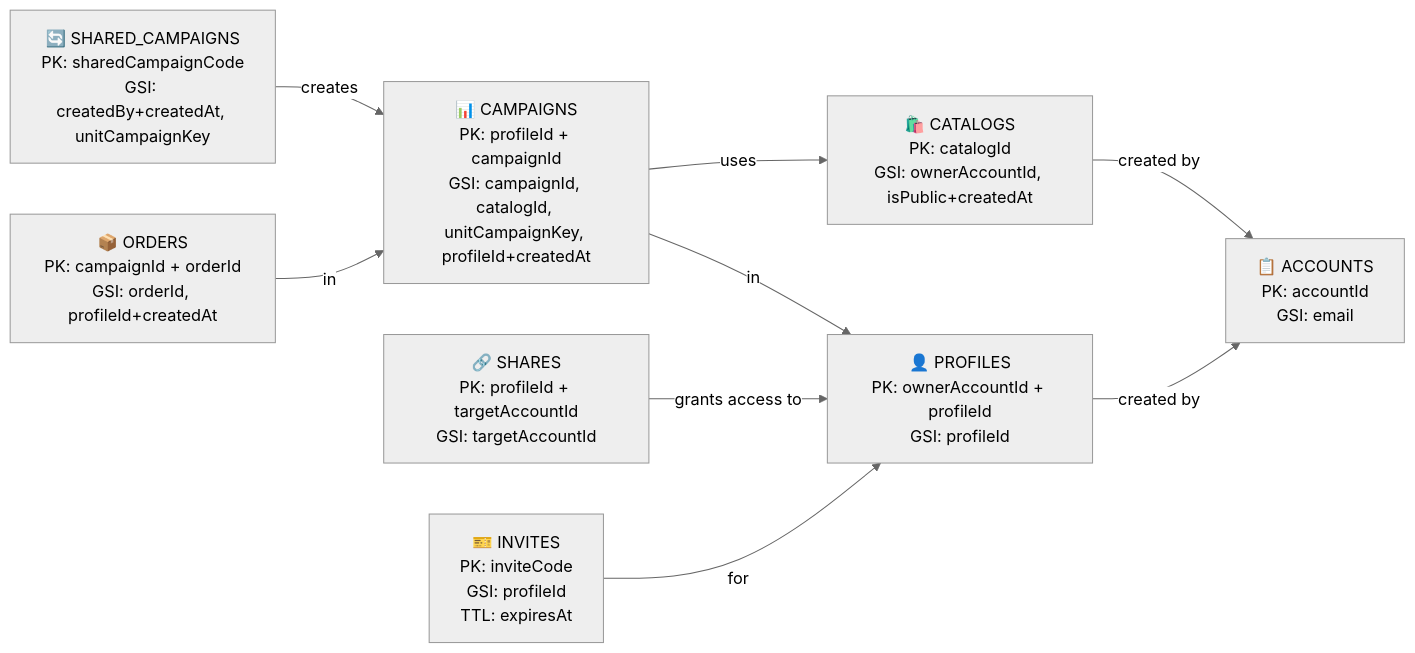
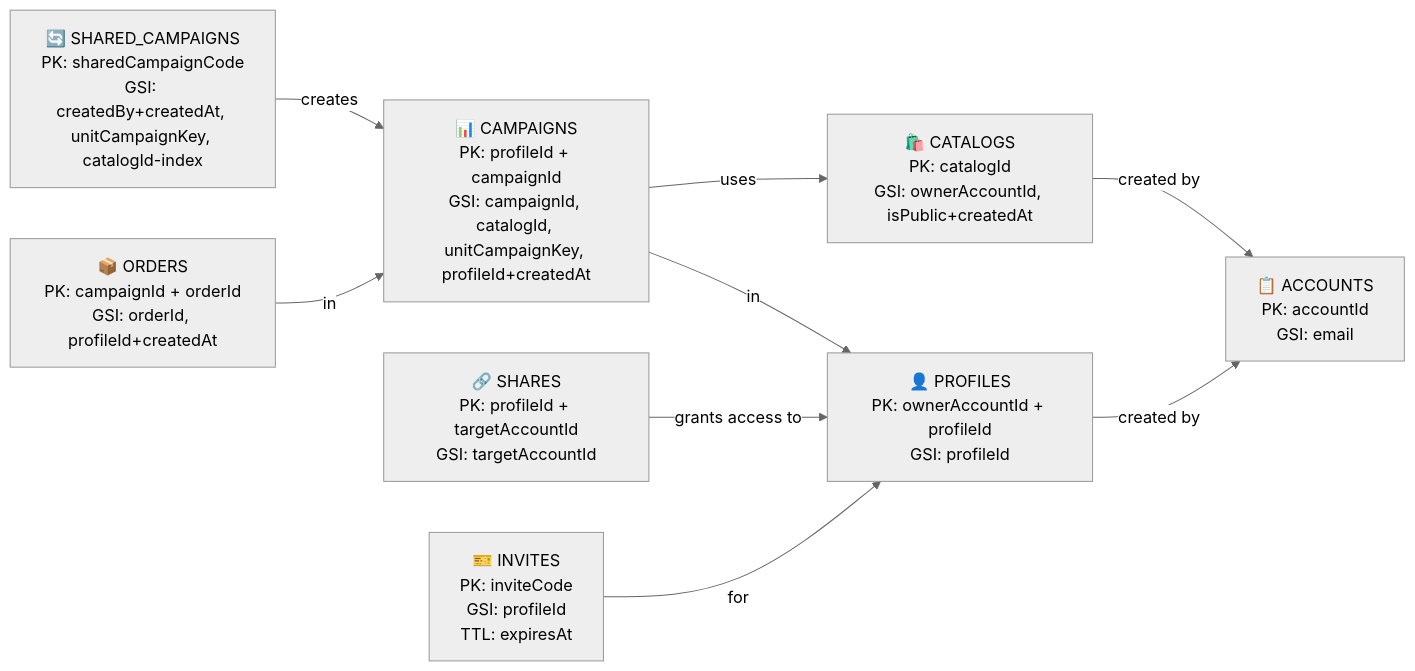
One commit to dmeiser/kernelworx changed the first of 13 diagrams in docs/SCHEMA.md. Above: the diagram before and after it, drawn with Mermaid (neutral theme). The commit also changed other lines of this file and 10 other files, not shown here.

First line of the commit message:
fix(appsync): enforce catalog constraints for shared campaigns (#257)

````diff
--- a/docs/SCHEMA.md
+++ b/docs/SCHEMA.md
@@ -7,20 +7,20 @@
 ```mermaid
 graph LR
     A["📋 ACCOUNTS<br/>PK: accountId<br/>GSI: email"] 
     B["👤 PROFILES<br/>PK: ownerAccountId + profileId<br/>GSI: profileId"]
     C["📊 CAMPAIGNS<br/>PK: profileId + campaignId<br/>GSI: campaignId, catalogId, unitCampaignKey, profileId+createdAt"]
     D["📦 ORDERS<br/>PK: campaignId + orderId<br/>GSI: orderId, profileId+createdAt"]
     E["🛍️ CATALOGS<br/>PK: catalogId<br/>GSI: ownerAccountId, isPublic+createdAt"]
     F["🔗 SHARES<br/>PK: profileId + targetAccountId<br/>GSI: targetAccountId"]
     G["🎫 INVITES<br/>PK: inviteCode<br/>GSI: profileId<br/>TTL: expiresAt"]
-    H["🔄 SHARED_CAMPAIGNS<br/>PK: sharedCampaignCode<br/>GSI: createdBy+createdAt, unitCampaignKey"]
+    H["🔄 SHARED_CAMPAIGNS<br/>PK: sharedCampaignCode<br/>GSI: createdBy+createdAt, unitCampaignKey, catalogId-index"]
     
     B -->|created by| A
     C -->|in| B
     D -->|in| C
     C -->|uses| E
     F -->|grants access to| B
     G -->|for| B
     H -->|creates| C
     E -->|created by| A
 ```
````
